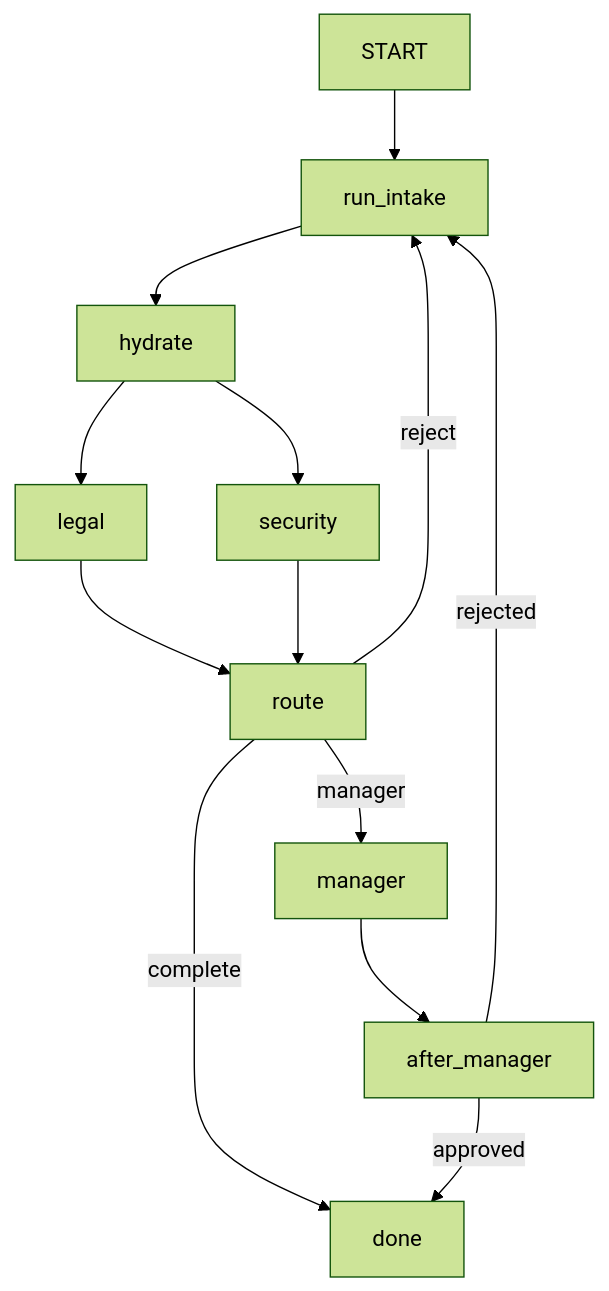
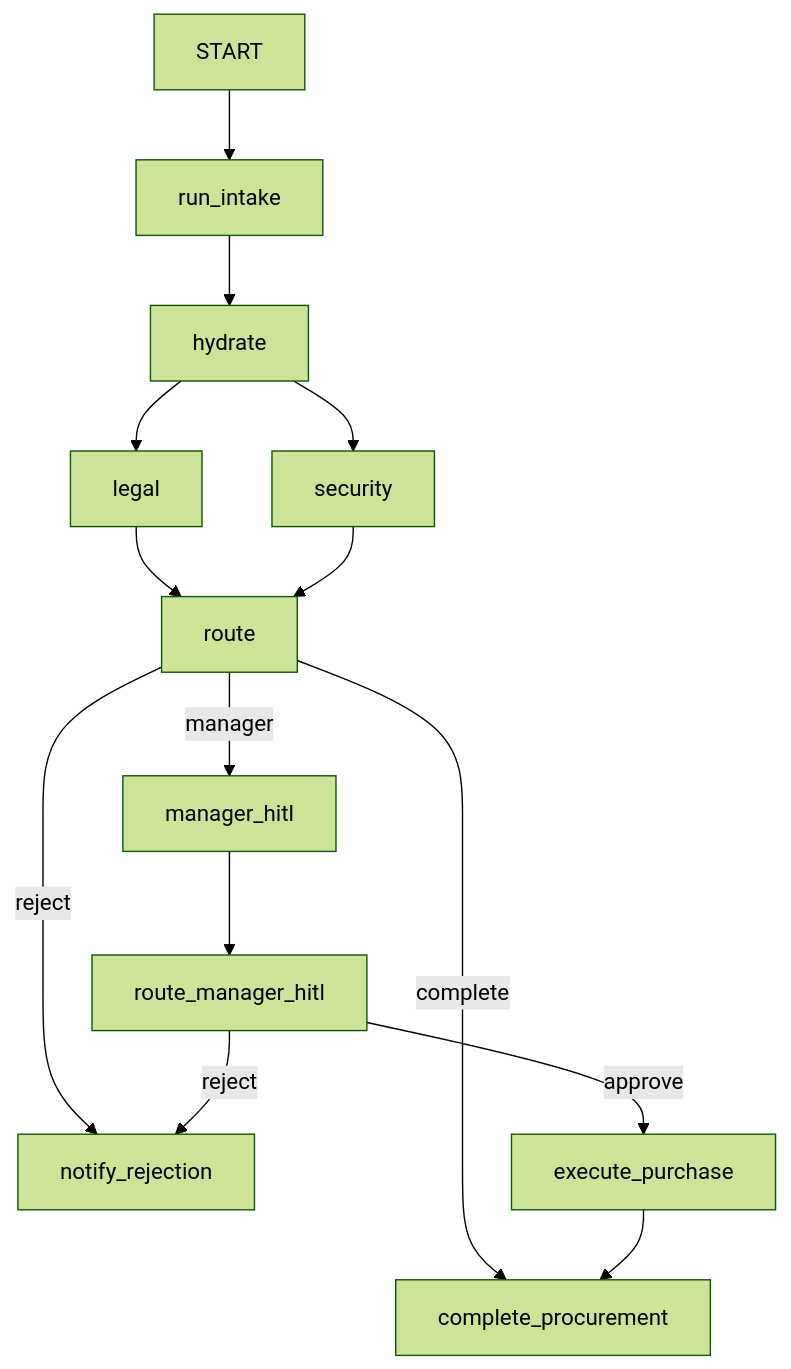
Before and after one commit to ro1406/adk-2.0-tutorial: the diagram in adk-procurement-workshop/graph_procurement_agent/README.md, drawn with Mermaid (forest theme). The commit also changed other lines of this file and 13 other files, not shown here.

Commit message:
mirgation to 3.1 flash lite + graph agent fixes

````diff
--- a/adk-procurement-workshop/graph_procurement_agent/README.md
+++ b/adk-procurement-workshop/graph_procurement_agent/README.md
@@ -17,15 +17,16 @@
 ```mermaid
 flowchart TD
   START --> run_intake
   run_intake --> hydrate
   hydrate --> legal
   hydrate --> security
   legal --> route
   security --> route
-  route -->|reject| run_intake
-  route -->|manager| manager
-  route -->|complete| done
-  manager --> after_manager
-  after_manager -->|approved| done
-  after_manager -->|rejected| run_intake
+  route -->|reject| deny[notify_rejection]
+  route -->|manager| hitl[manager_hitl]
+  route -->|complete| done[complete_procurement]
+  hitl --> branch[route_manager_hitl]
+  branch -->|approve| exec[execute_purchase]
+  branch -->|reject| deny
+  exec --> done
 ```
````
